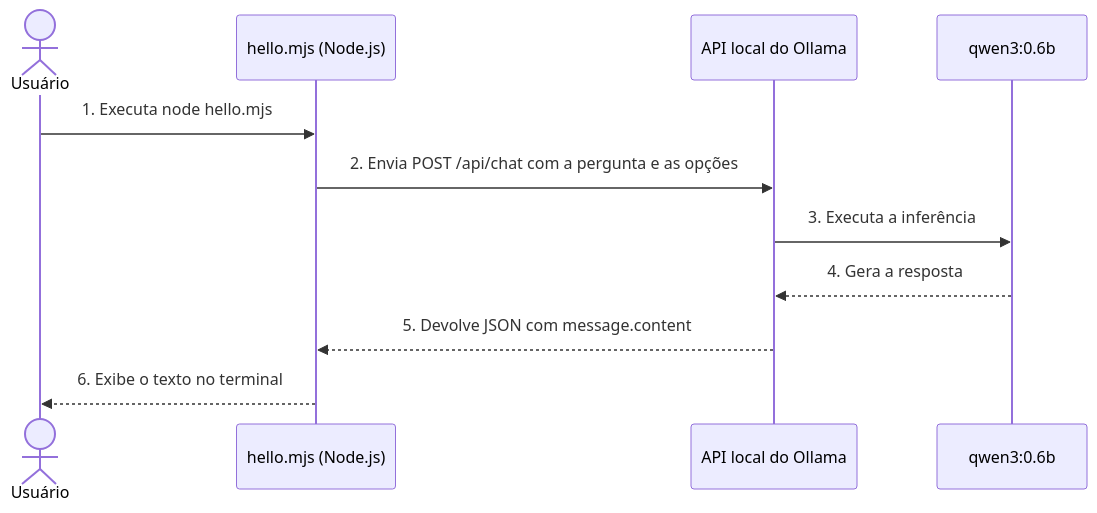
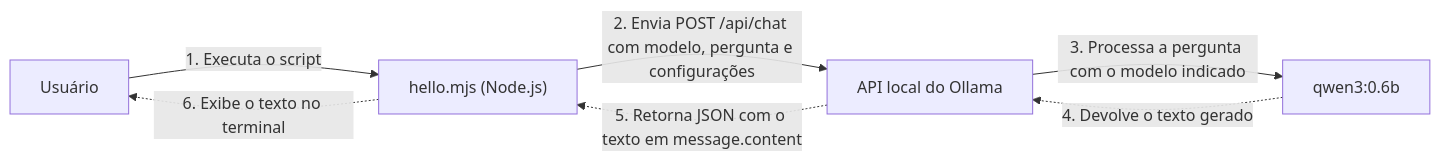
The diagram in local-llm-lab/HELLO.md (PaulinhaFigueiredoDev/engenharia-de-ia), drawn with Mermaid before and after one commit. The commit also changed other lines of this file, not shown here.

Commit message:
docs: ajusta fluxograma da execução local

````diff
--- a/local-llm-lab/HELLO.md
+++ b/local-llm-lab/HELLO.md
@@ -58,14 +58,14 @@
 ```mermaid
-sequenceDiagram
-    actor Usuario as Usuário
-    participant Script as hello.mjs (Node.js)
-    participant Ollama as API local do Ollama
-    participant Modelo as qwen3:0.6b
+flowchart LR
+    U["Usuário"]
+    S["hello.mjs (Node.js)"]
+    O["API local do Ollama"]
+    M["qwen3:0.6b"]
 
-    Usuario->>Script: 1. Executa node hello.mjs
-    Script->>Ollama: 2. Envia POST /api/chat com a pergunta e as opções
-    Ollama->>Modelo: 3. Executa a inferência
-    Modelo-->>Ollama: 4. Gera a resposta
-    Ollama-->>Script: 5. Devolve JSON com message.content
-    Script-->>Usuario: 6. Exibe o texto no terminal
+    U -->|"1. Executa o script"| S
+    S -->|"2. Envia POST /api/chat com modelo, pergunta e configurações"| O
+    O -->|"3. Processa a pergunta com o modelo indicado"| M
+    M -.->|"4. Devolve o texto gerado"| O
+    O -.->|"5. Retorna JSON com o texto em message.content"| S
+    S -.->|"6. Exibe o texto no terminal"| U
 ```
````
